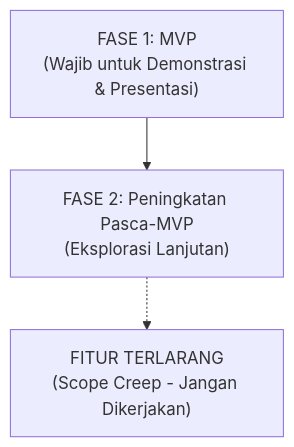
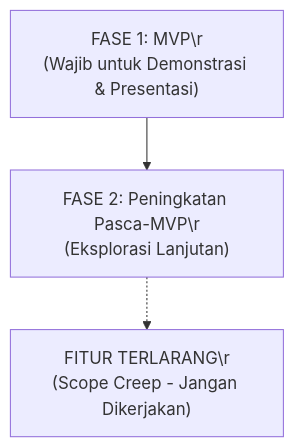
The second of 2 diagrams in docs/design.md (Arfiadi/poverty-radar), drawn with Mermaid before and after one commit. The commit also changed other lines of this file, not shown here.

````diff
--- a/docs/design.md
+++ b/docs/design.md
@@ -419,5 +434,5 @@
 ```mermaid
 flowchart TD
-    MVP["FASE 1: MVP\n(Wajib untuk Demonstrasi & Presentasi)"] --> POST["FASE 2: Peningkatan Pasca-MVP\n(Eksplorasi Lanjutan)"]
-    POST -.-> DONT["FITUR TERLARANG\n(Scope Creep - Jangan Dikerjakan)"]
+    MVP["FASE 1: MVP\r\n(Wajib untuk Demonstrasi & Presentasi)"] --> POST["FASE 2: Peningkatan Pasca-MVP\r\n(Eksplorasi Lanjutan)"]
+    POST -.-> DONT["FITUR TERLARANG\r\n(Scope Creep - Jangan Dikerjakan)"]
 ```
````
